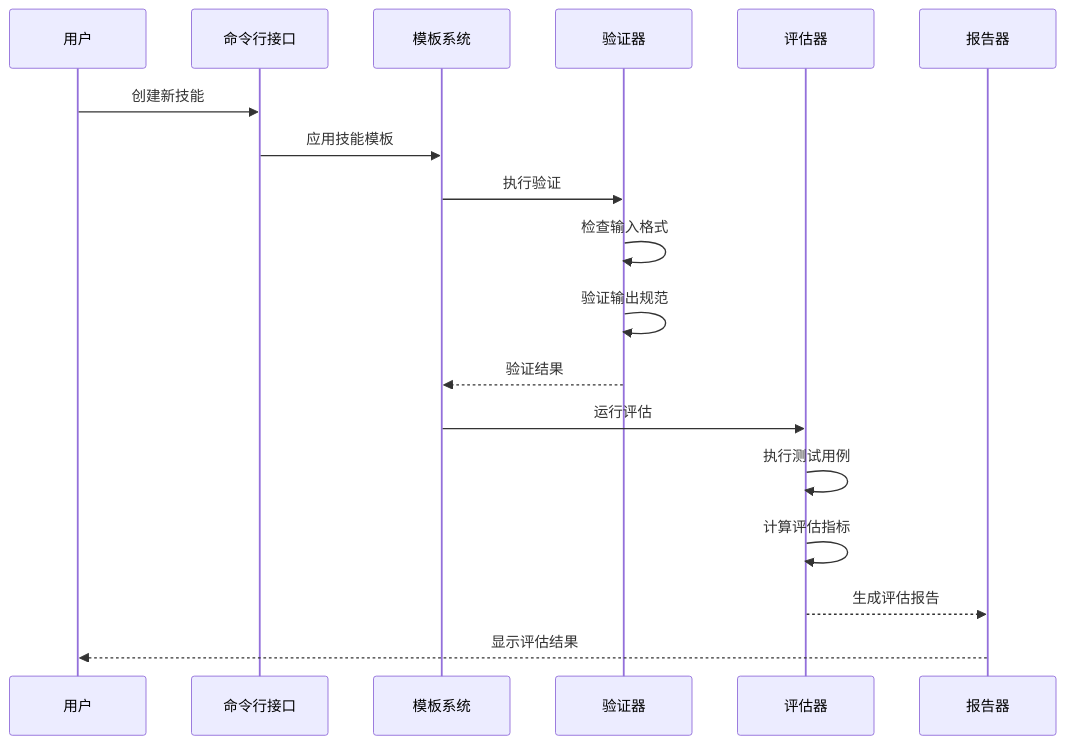
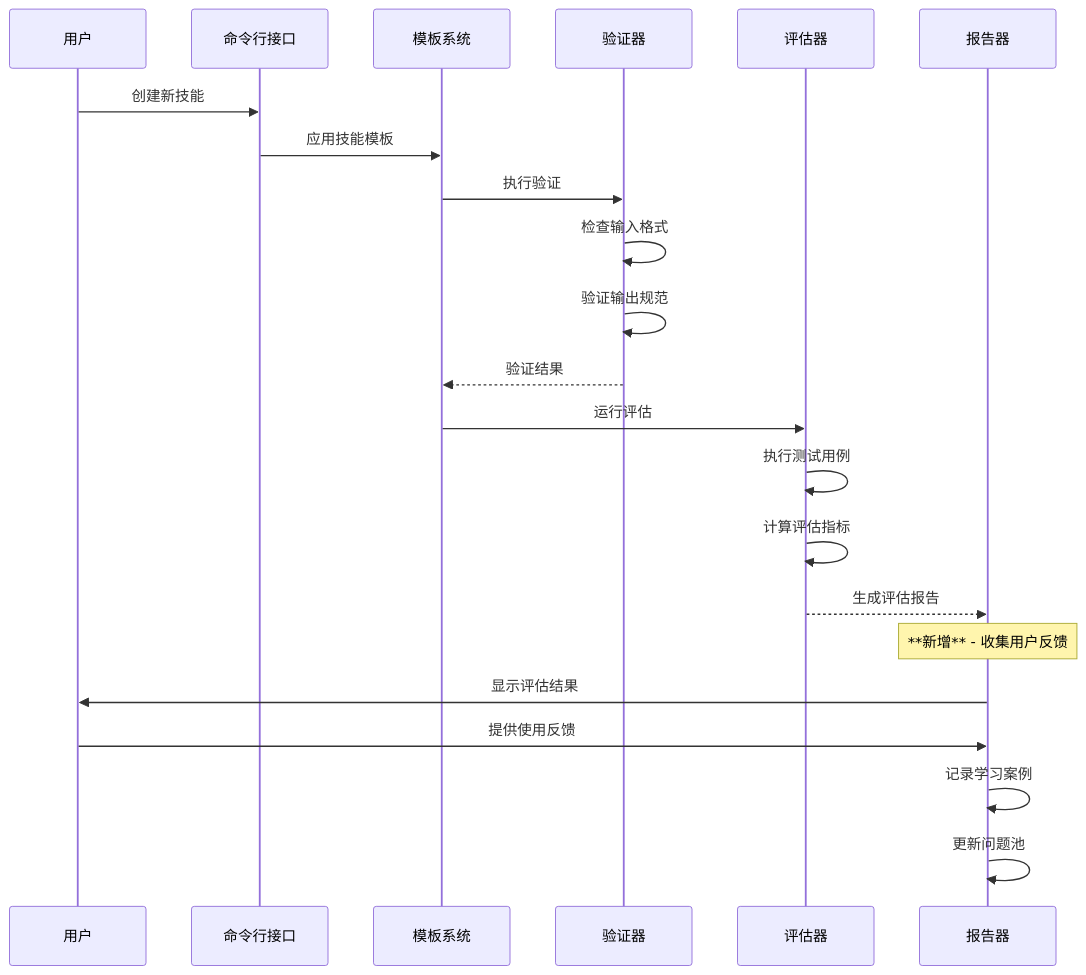
The fifth of 11 diagrams in .qoder/repowiki/zh/content/技能工程系统/知识管理系统.md (yangmeishux/frontend-team-marketplace), drawn with Mermaid before and after one commit. The commit also changed other lines of this file and 4 other files, not shown here.

````diff
--- a/.qoder/repowiki/zh/content/技能工程系统/知识管理系统.md
+++ b/.qoder/repowiki/zh/content/技能工程系统/知识管理系统.md
@@ -311,20 +323,24 @@
 ```mermaid
 sequenceDiagram
 participant User as 用户
 participant CLI as 命令行接口
 participant Template as 模板系统
 participant Validator as 验证器
 participant Evaluator as 评估器
 participant Reporter as 报告器
 User->>CLI : 创建新技能
 CLI->>Template : 应用技能模板
 Template->>Validator : 执行验证
 Validator->>Validator : 检查输入格式
 Validator->>Validator : 验证输出规范
 Validator-->>Template : 验证结果
 Template->>Evaluator : 运行评估
 Evaluator->>Evaluator : 执行测试用例
 Evaluator->>Evaluator : 计算评估指标
 Evaluator-->>Reporter : 生成评估报告
-Reporter-->>User : 显示评估结果
+Note over Reporter : **新增** - 收集用户反馈
+Reporter->>User : 显示评估结果
+User->>Reporter : 提供使用反馈
+Reporter->>Reporter : 记录学习案例
+Reporter->>Reporter : 更新问题池
 ```
````
